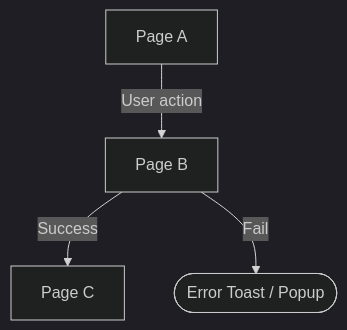
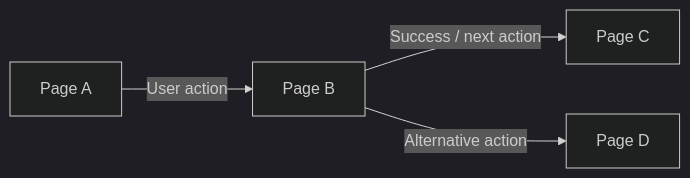
The second of 2 diagrams in prd-template/standard-prd-template.md (kelvin381539960-cyber/prd-for-ai), drawn with Mermaid (dark theme) before and after one commit. The commit also changed other lines of this file, not shown here.

Commit message:
Update standard PRD template page flow guidance

````diff
--- a/prd-template/standard-prd-template.md
+++ b/prd-template/standard-prd-template.md
@@ -116,6 +118,11 @@
 ```mermaid
-flowchart TD
-  A[Page A] -->|User action| B[Page B]
-  B -->|Success| C[Page C]
-  B -->|Fail| D([Error Toast / Popup])
+flowchart LR
+  PageA[Page A]
+  PageB[Page B]
+  PageC[Page C]
+  PageD[Page D]
+
+  PageA -->|User action| PageB
+  PageB -->|Success / next action| PageC
+  PageB -->|Alternative action| PageD
 ```
````
